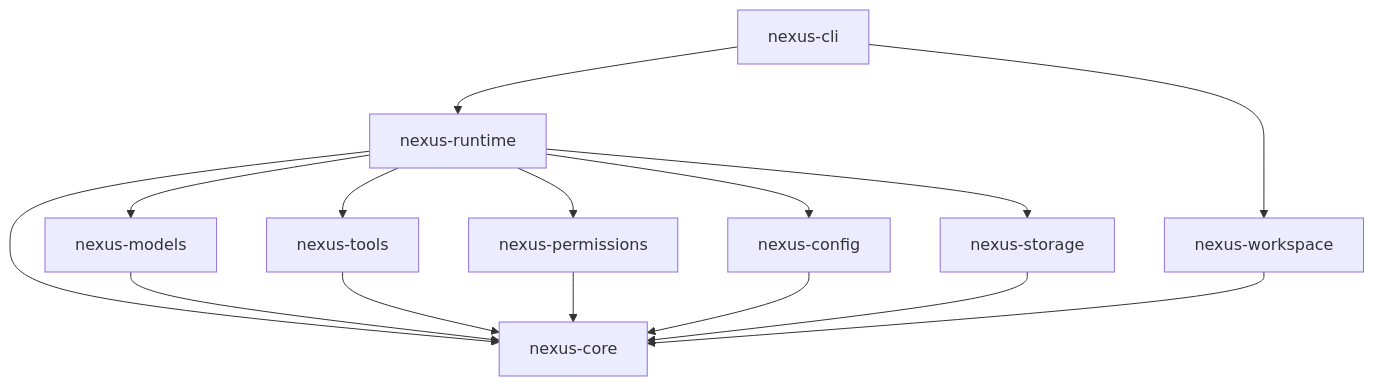
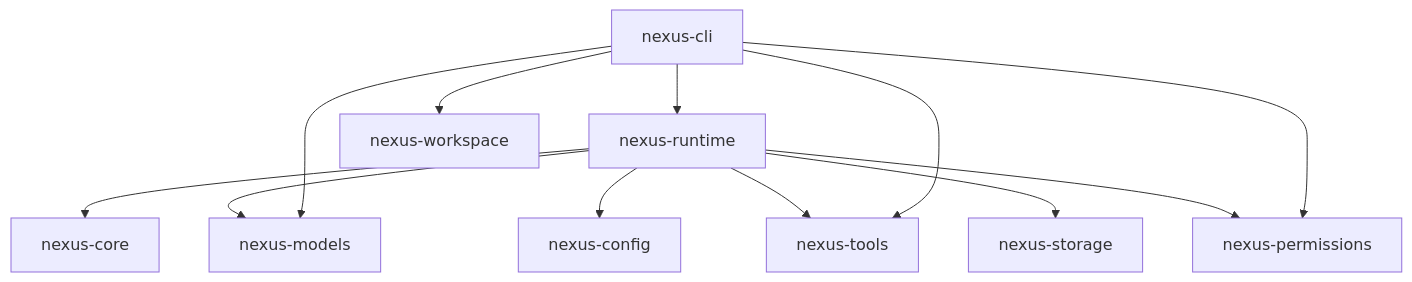
Before and after one commit to timothynn/Nexus: the fourth of 4 diagrams in README.md, drawn with Mermaid. The commit also changed other lines of this file, not shown here.

Commit message:
docs: document real provider, CLI approvals, and end-to-end tool execution

````diff
--- a/README.md
+++ b/README.md
@@ -273,18 +243,15 @@
 ```mermaid
 flowchart TD
     CLI[nexus-cli] --> RT[nexus-runtime]
+    CLI --> MODELS[nexus-models]
+    CLI --> TOOLS[nexus-tools]
+    CLI --> PERMS[nexus-permissions]
     CLI --> WS[nexus-workspace]
+
     RT --> CORE[nexus-core]
-    RT --> MODELS[nexus-models]
-    RT --> TOOLS[nexus-tools]
-    RT --> PERMS[nexus-permissions]
+    RT --> MODELS
+    RT --> TOOLS
+    RT --> PERMS
     RT --> CONFIG[nexus-config]
     RT --> STORAGE[nexus-storage]
-
-    MODELS --> CORE
-    TOOLS --> CORE
-    PERMS --> CORE
-    CONFIG --> CORE
-    STORAGE --> CORE
-    WS --> CORE
 ```
````
